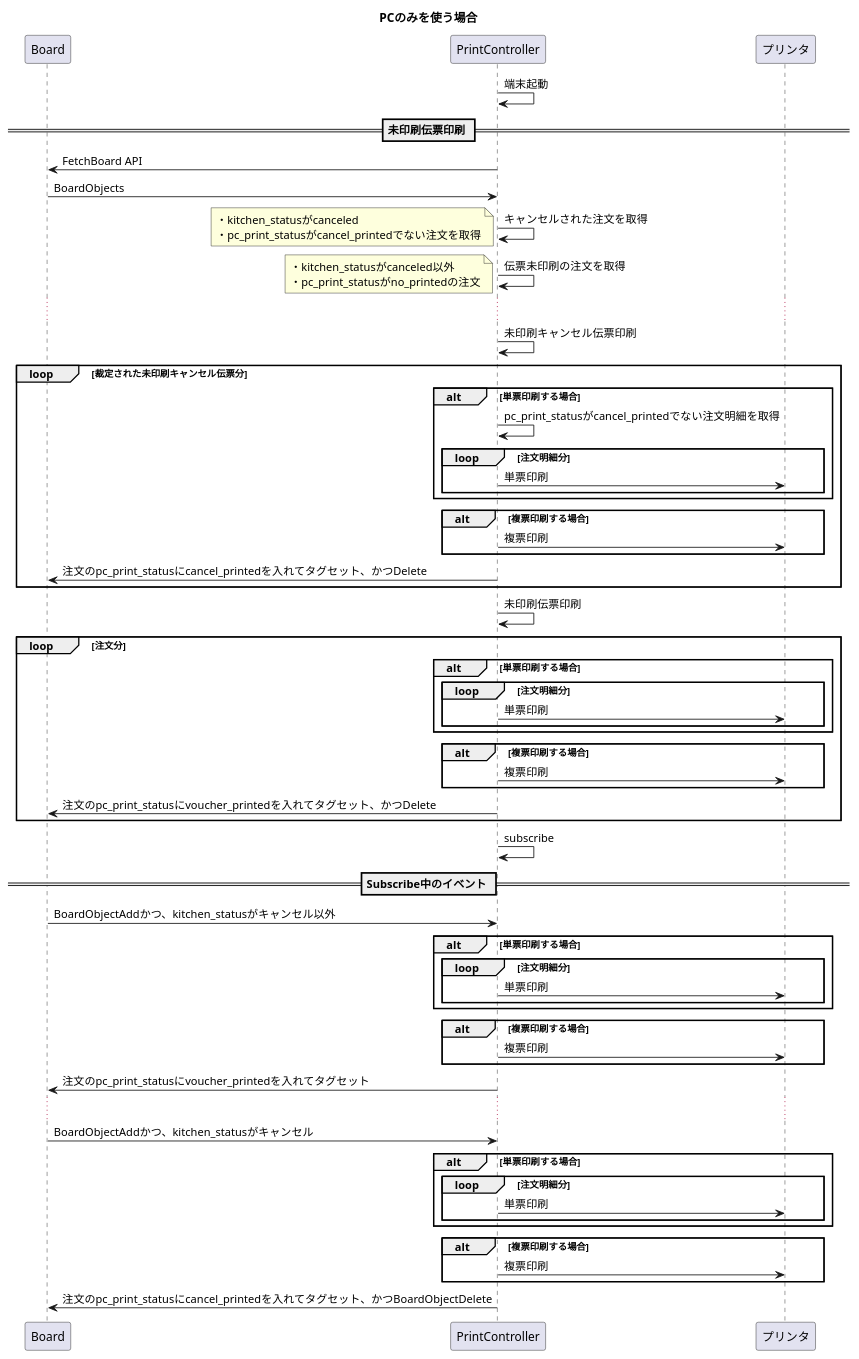
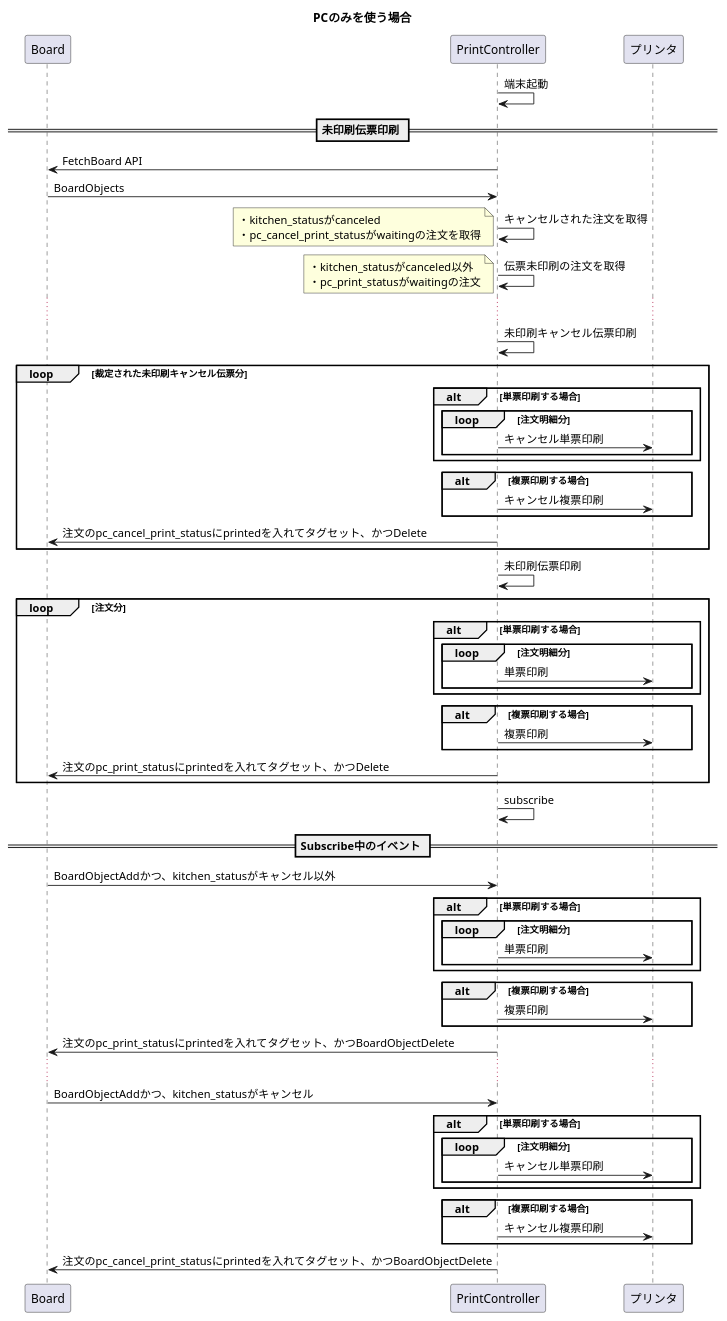
One commit to kmurata08/plantuml-editor changed the diagram in instore/only_pc.pu. Above: the diagram before and after it, drawn with PlantUML. The commit also changed 2 other files, not shown here.

Commit message:
Edit sequence

```diff
--- a/instore/only_pc.pu
+++ b/instore/only_pc.pu
@@ -1,79 +1,78 @@
 title PCのみを使う場合
 
 participant Board as b
 participant PrintController as pc
 participant プリンタ as pt
 
 pc -> pc: 端末起動
 
 == 未印刷伝票印刷 ==
 pc -> b: FetchBoard API
 b -> pc: BoardObjects
 pc -> pc: キャンセルされた注文を取得
 note left
     ・kitchen_statusがcanceled
-    ・pc_print_statusがcancel_printedでない注文を取得
+    ・pc_cancel_print_statusがwaitingの注文を取得
 end note
 
 pc -> pc: 伝票未印刷の注文を取得
 note left
     ・kitchen_statusがcanceled以外
-    ・pc_print_statusがno_printedの注文
+    ・pc_print_statusがwaitingの注文
 end note
 
 ...
 
 pc -> pc: 未印刷キャンセル伝票印刷
 loop 裁定された未印刷キャンセル伝票分
     alt 単票印刷する場合
-        pc -> pc: pc_print_statusがcancel_printedでない注文明細を取得
         loop 注文明細分
-            pc -> pt: 単票印刷
+            pc -> pt: キャンセル単票印刷
         end
     end
     alt 複票印刷する場合
-        pc -> pt: 複票印刷
+        pc -> pt: キャンセル複票印刷
     end
-    pc -> b: 注文のpc_print_statusにcancel_printedを入れてタグセット、かつDelete
+    pc -> b: 注文のpc_cancel_print_statusにprintedを入れてタグセット、かつDelete
 end
 
 pc -> pc: 未印刷伝票印刷
 loop 注文分
     alt 単票印刷する場合
         loop 注文明細分
             pc -> pt: 単票印刷
         end
     end
     alt 複票印刷する場合
         pc -> pt: 複票印刷
     end
-    pc -> b: 注文のpc_print_statusにvoucher_printedを入れてタグセット、かつDelete
+    pc -> b: 注文のpc_print_statusにprintedを入れてタグセット、かつDelete
 end
 
 pc -> pc: subscribe
 
 == Subscribe中のイベント ==
 
 b -> pc: BoardObjectAddかつ、kitchen_statusがキャンセル以外
 alt 単票印刷する場合
     loop 注文明細分
         pc -> pt: 単票印刷
     end
 end
 alt 複票印刷する場合
     pc -> pt: 複票印刷
 end
-pc -> b: 注文のpc_print_statusにvoucher_printedを入れてタグセット
+pc -> b: 注文のpc_print_statusにprintedを入れてタグセット、かつBoardObjectDelete
 
 ...
 
 b -> pc: BoardObjectAddかつ、kitchen_statusがキャンセル
 alt 単票印刷する場合
     loop 注文明細分
-        pc -> pt: 単票印刷
+        pc -> pt: キャンセル単票印刷
     end
 end
 alt 複票印刷する場合
-    pc -> pt: 複票印刷
+    pc -> pt: キャンセル複票印刷
 end
-pc -> b: 注文のpc_print_statusにcancel_printedを入れてタグセット、かつBoardObjectDelete
+pc -> b: 注文のpc_cancel_print_statusにprintedを入れてタグセット、かつBoardObjectDelete
```
